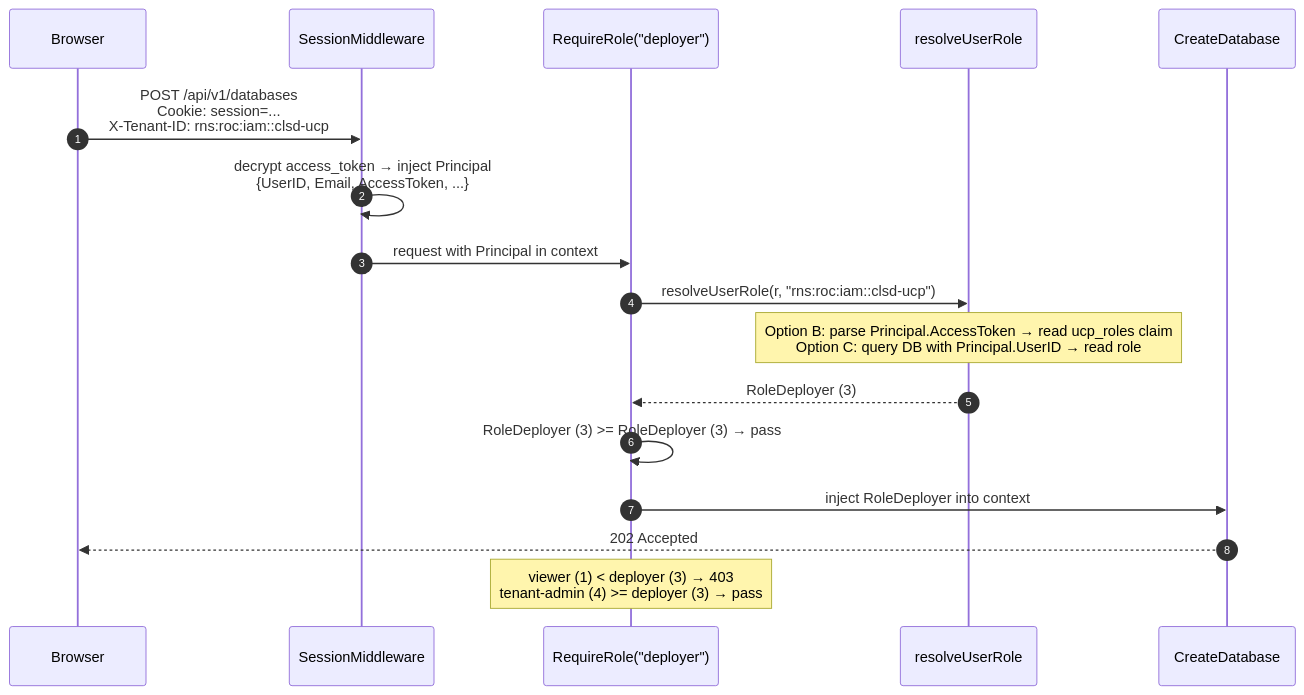
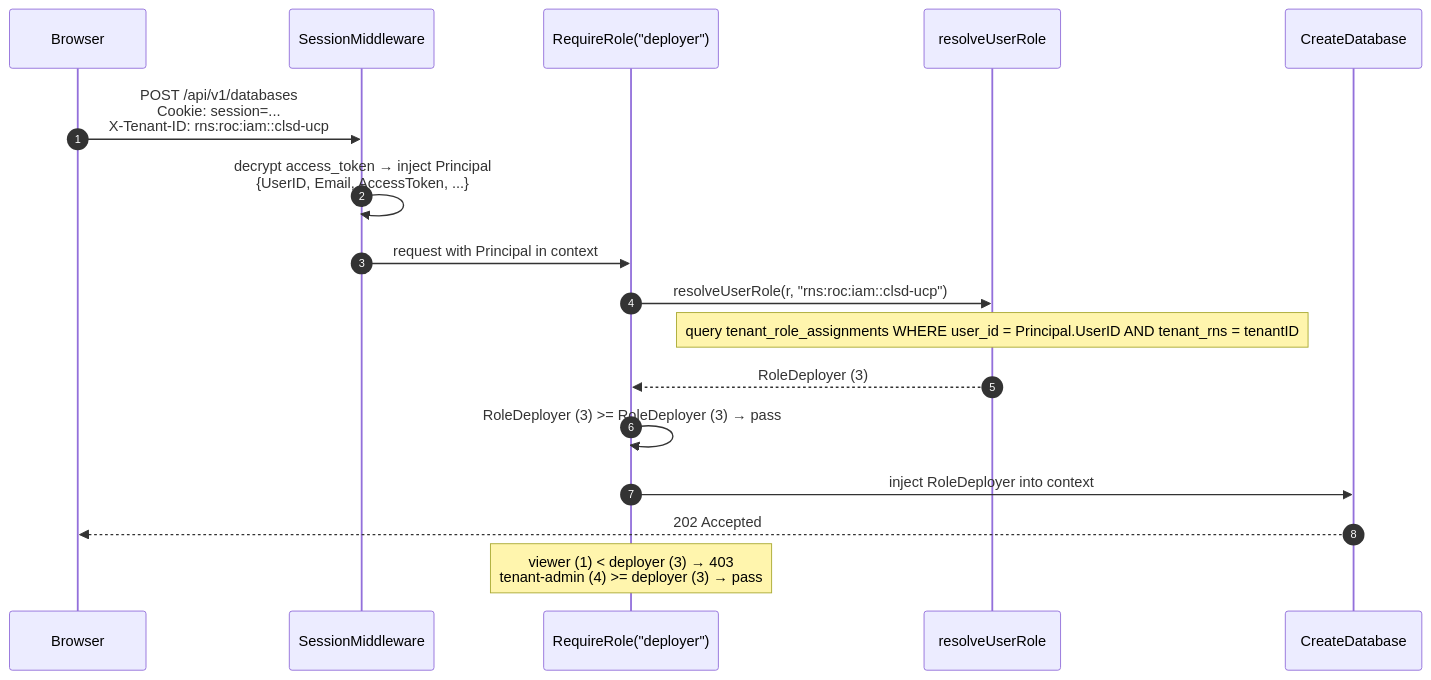
One commit to aripermana-putra/ucp-docs-collection changed the third of 4 diagrams in docs/projects/universal-control-plane-ucp/pocs/rbac/implementation.md. Above: the diagram before and after it, drawn with Mermaid. The commit also changed other lines of this file and 1 other file, not shown here.

Commit message:
MCUCP-191: Replace all 'chosen approach' / Option B/C references with UCP database (decided)

````diff
--- a/docs/projects/universal-control-plane-ucp/pocs/rbac/implementation.md
+++ b/docs/projects/universal-control-plane-ucp/pocs/rbac/implementation.md
@@ -206,24 +206,24 @@
 ```mermaid
 sequenceDiagram
     autonumber
 
     participant Browser
     participant Session as SessionMiddleware
     participant Middleware as RequireRole("deployer")
     participant Resolver as resolveUserRole
     participant Handler as CreateDatabase
 
     Browser->>Session: POST /api/v1/databases<br/>Cookie: session=...<br/>X-Tenant-ID: rns:roc:iam::clsd-ucp
     Session->>Session: decrypt access_token → inject Principal<br/>{UserID, Email, AccessToken, ...}
     Session->>Middleware: request with Principal in context
 
     Middleware->>Resolver: resolveUserRole(r, "rns:roc:iam::clsd-ucp")
-    Note over Resolver: Option B: parse Principal.AccessToken → read ucp_roles claim<br/>Option C: query DB with Principal.UserID → read role
+    Note over Resolver: query tenant_role_assignments WHERE user_id = Principal.UserID AND tenant_rns = tenantID
     Resolver-->>Middleware: RoleDeployer (3)
 
     Middleware->>Middleware: RoleDeployer (3) >= RoleDeployer (3) → pass
     Middleware->>Handler: inject RoleDeployer into context
     Handler-->>Browser: 202 Accepted
 
     note over Middleware: viewer (1) < deployer (3) → 403<br/>tenant-admin (4) >= deployer (3) → pass
 ```
````
